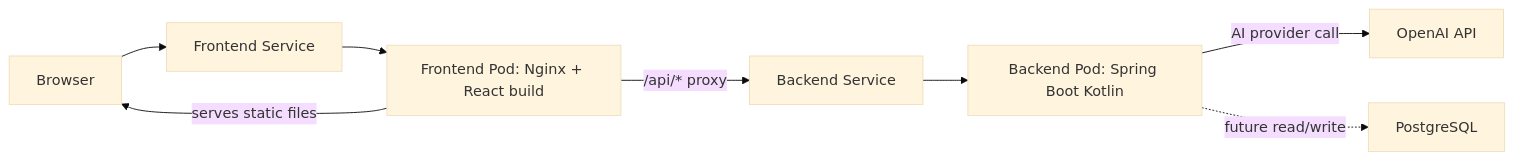
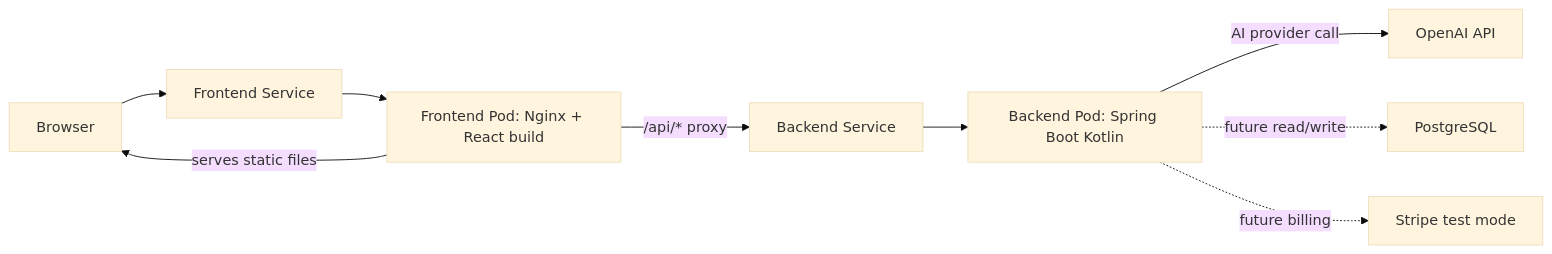
The first of 3 diagrams in docs/infrastructure.md (deepanrajj/ai-job-assistant), drawn with Mermaid (base theme) before and after one commit. The commit also changed other lines of this file and 77 other files, not shown here.

First line of the commit message:
chore(): updated application roadmap (#2)

````diff
--- a/docs/infrastructure.md
+++ b/docs/infrastructure.md
@@ -7,10 +7,11 @@
 ```mermaid
 flowchart LR
   Browser["Browser"] --> FrontendService["Frontend Service"]
   FrontendService --> FrontendPod["Frontend Pod: Nginx + React build"]
   FrontendPod -->|"serves static files"| Browser
   FrontendPod -->|"/api/* proxy"| BackendService["Backend Service"]
   BackendService --> BackendPod["Backend Pod: Spring Boot Kotlin"]
   BackendPod -->|"AI provider call"| OpenAI["OpenAI API"]
   BackendPod -. "future read/write" .-> Database["PostgreSQL"]
+  BackendPod -. "future billing" .-> Stripe["Stripe test mode"]
 ```
````
